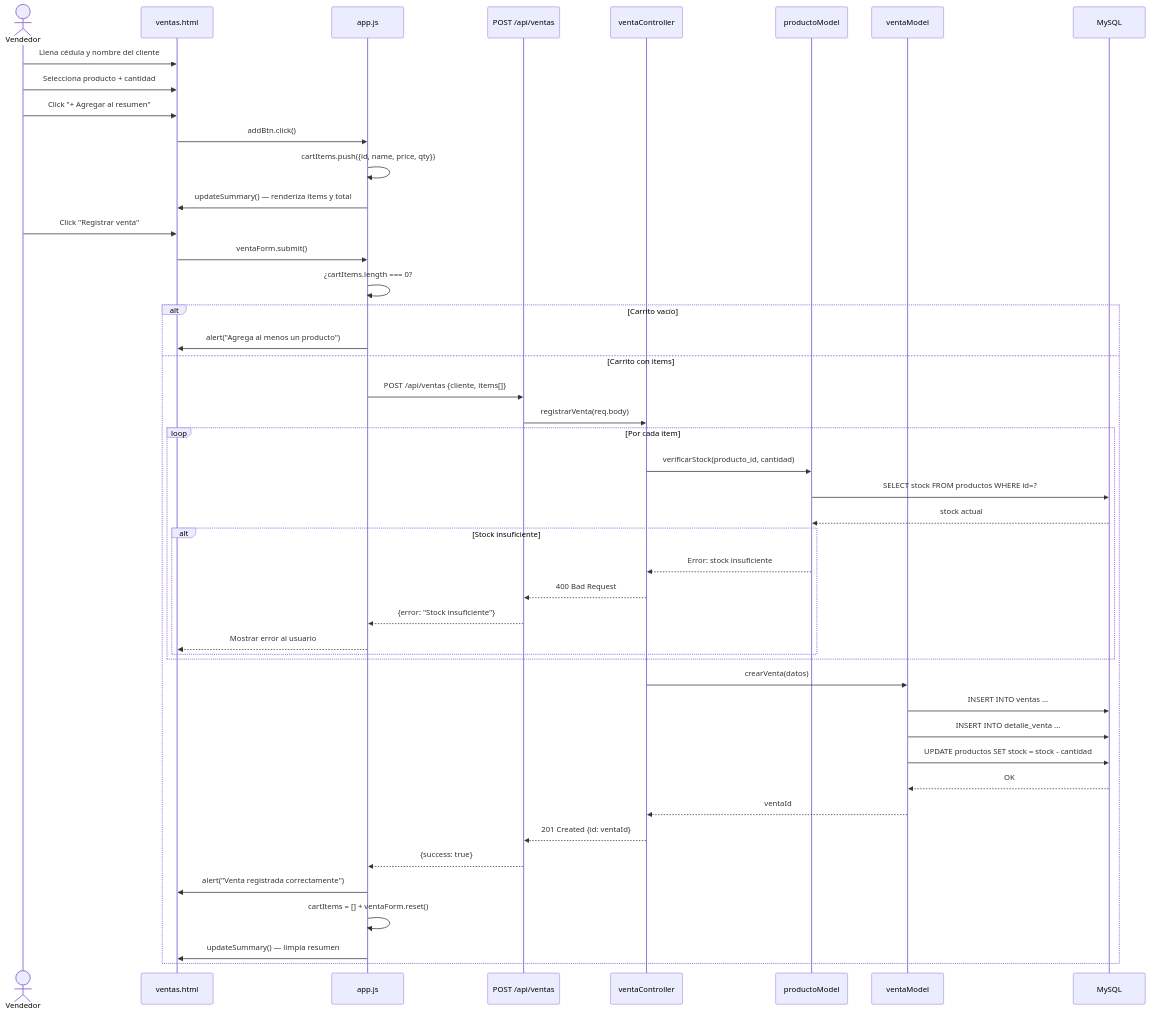
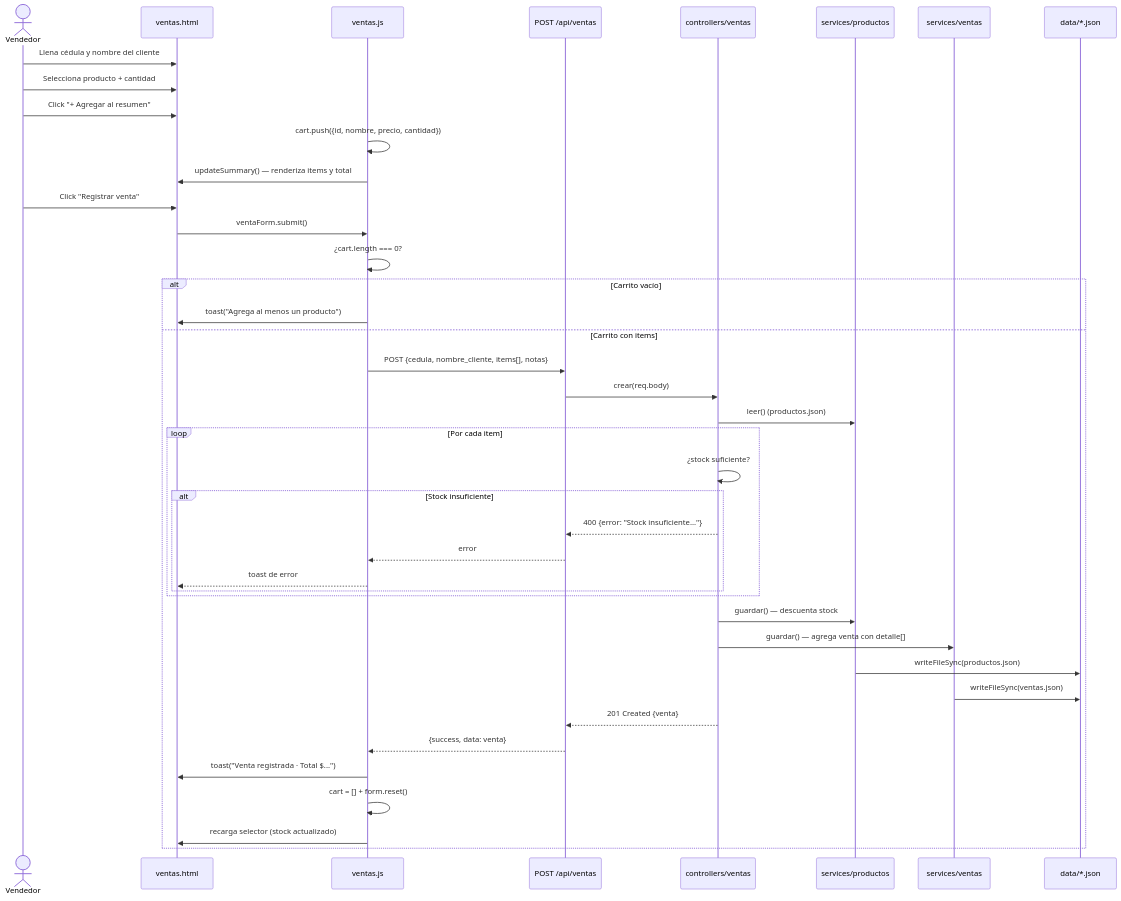
The sixth of 10 diagrams in docs/diagramas/diagramas.md (Pedrito2626/SalesFlow), drawn with Mermaid before and after one commit. The commit also changed other lines of this file and 1 other file, not shown here.

Commit message:
docs: alinear arquitectura y diagramas con la implementación real (persistencia JSON)

````diff
--- a/docs/diagramas/diagramas.md
+++ b/docs/diagramas/diagramas.md
@@ -269,50 +275,45 @@
 ```mermaid
 sequenceDiagram
     actor Vendedor
     participant UI as ventas.html
-    participant JS as app.js
+    participant JS as ventas.js
     participant API as POST /api/ventas
-    participant VC as ventaController
-    participant PM as productoModel
-    participant VM as ventaModel
-    participant DB as MySQL
+    participant VC as controllers/ventas
+    participant SP as services/productos
+    participant SV as services/ventas
+    participant DATA as data/*.json
 
     Vendedor->>UI: Llena cédula y nombre del cliente
     Vendedor->>UI: Selecciona producto + cantidad
     Vendedor->>UI: Click "+ Agregar al resumen"
-    UI->>JS: addBtn.click()
-    JS->>JS: cartItems.push({id, name, price, qty})
+    JS->>JS: cart.push({id, nombre, precio, cantidad})
     JS->>UI: updateSummary() — renderiza items y total
 
     Vendedor->>UI: Click "Registrar venta"
     UI->>JS: ventaForm.submit()
-    JS->>JS: ¿cartItems.length === 0?
+    JS->>JS: ¿cart.length === 0?
     alt Carrito vacío
-        JS->>UI: alert("Agrega al menos un producto")
+        JS->>UI: toast("Agrega al menos un producto")
     else Carrito con items
-        JS->>API: POST /api/ventas {cliente, items[]}
-        API->>VC: registrarVenta(req.body)
+        JS->>API: POST {cedula, nombre_cliente, items[], notas}
+        API->>VC: crear(req.body)
+        VC->>SP: leer() (productos.json)
         loop Por cada item
-            VC->>PM: verificarStock(producto_id, cantidad)
-            PM->>DB: SELECT stock FROM productos WHERE id=?
-            DB-->>PM: stock actual
+            VC->>VC: ¿stock suficiente?
             alt Stock insuficiente
-                PM-->>VC: Error: stock insuficiente
-                VC-->>API: 400 Bad Request
-                API-->>JS: {error: "Stock insuficiente"}
-                JS-->>UI: Mostrar error al usuario
+                VC-->>API: 400 {error: "Stock insuficiente..."}
+                API-->>JS: error
+                JS-->>UI: toast de error
             end
         end
-        VC->>VM: crearVenta(datos)
-        VM->>DB: INSERT INTO ventas ...
-        VM->>DB: INSERT INTO detalle_venta ...
-        VM->>DB: UPDATE productos SET stock = stock - cantidad
-        DB-->>VM: OK
-        VM-->>VC: ventaId
-        VC-->>API: 201 Created {id: ventaId}
-        API-->>JS: {success: true}
-        JS->>UI: alert("Venta registrada correctamente")
-        JS->>JS: cartItems = [] + ventaForm.reset()
-        JS->>UI: updateSummary() — limpia resumen
+        VC->>SP: guardar() — descuenta stock
+        VC->>SV: guardar() — agrega venta con detalle[]
+        SP->>DATA: writeFileSync(productos.json)
+        SV->>DATA: writeFileSync(ventas.json)
+        VC-->>API: 201 Created {venta}
+        API-->>JS: {success, data: venta}
+        JS->>UI: toast("Venta registrada · Total $...")
+        JS->>JS: cart = [] + form.reset()
+        JS->>UI: recarga selector (stock actualizado)
     end
 ```
````
